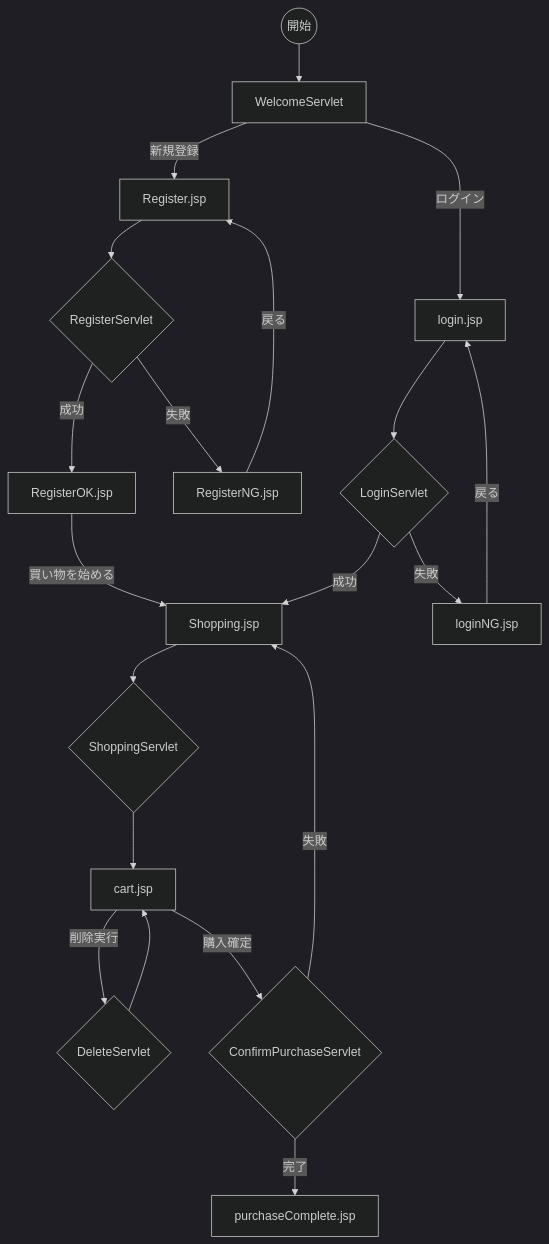
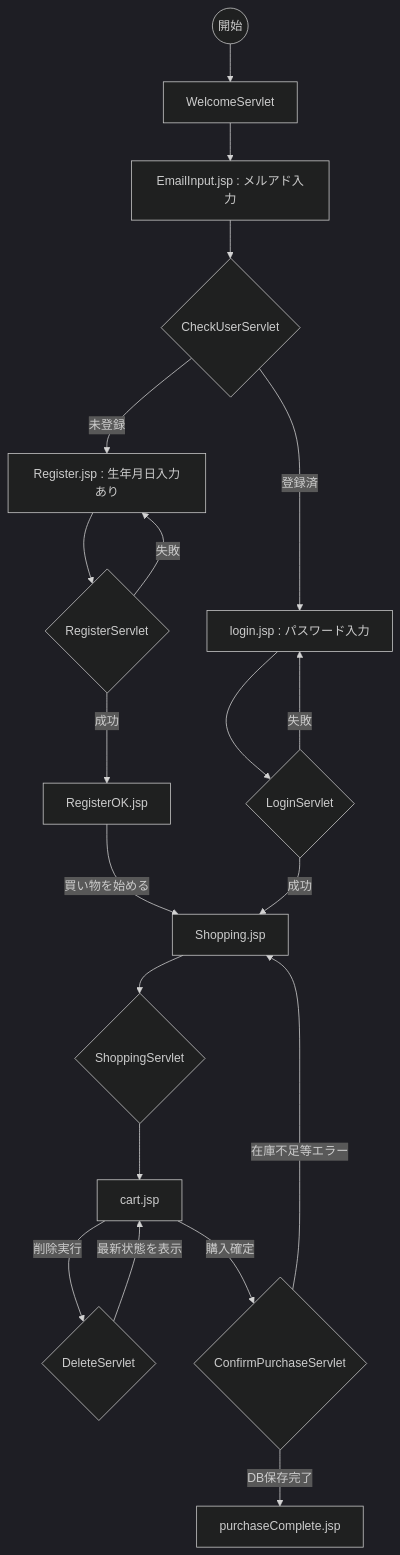
One commit to marimukai-303/data changed the second of 2 diagrams in README.md. Above: the diagram before and after it, drawn with Mermaid (dark theme). The commit also changed other lines of this file, not shown here.

````diff
--- a/README.md
+++ b/README.md
@@ -35,27 +33,33 @@
 ```mermaid
 graph TD
     Start((開始)) --> Welcome[WelcomeServlet]
-    Welcome -->|新規登録| Register[Register.jsp]
-    Welcome -->|ログイン| LoginView[login.jsp]
+    Welcome --> EmailView[EmailInput.jsp : メルアド入力]
     
+    EmailView --> CheckServlet{CheckUserServlet}
+    
+    %% Amazon方式の分岐
+    CheckServlet -->|未登録| Register[Register.jsp : 生年月日入力あり]
+    CheckServlet -->|登録済| LoginView[login.jsp : パスワード入力]
+
+    %% 新規登録の流れ
     Register --> RegServlet{RegisterServlet}
     RegServlet -->|成功| RegOK[RegisterOK.jsp]
-    RegServlet -->|失敗| RegNG[RegisterNG.jsp]
-    RegNG -->|戻る| Register
+    RegServlet -->|失敗| Register
     RegOK -->|買い物を始める| Shopping[Shopping.jsp]
 
+    %% ログインの流れ
     LoginView --> LoginServlet{LoginServlet}
     LoginServlet -->|成功| Shopping
-    LoginServlet -->|失敗| LoginNG[loginNG.jsp]
-    LoginNG -->|戻る| LoginView
+    LoginServlet -->|失敗| LoginView
 
+    %% ショッピング・購入の流れ
     Shopping --> ShopServlet{ShoppingServlet}
     ShopServlet --> Cart[cart.jsp]
     
     Cart -->|削除実行| DelServlet{DeleteServlet}
-    DelServlet --> Cart
+    DelServlet -->|最新状態を表示| Cart
     
     Cart -->|購入確定| ConfirmServlet{ConfirmPurchaseServlet}
-    ConfirmServlet -->|完了| Done[purchaseComplete.jsp]
-    ConfirmServlet -->|失敗| Shopping
+    ConfirmServlet -->|DB保存完了| Done[purchaseComplete.jsp]
+    ConfirmServlet -->|在庫不足等エラー| Shopping
 ```
````
